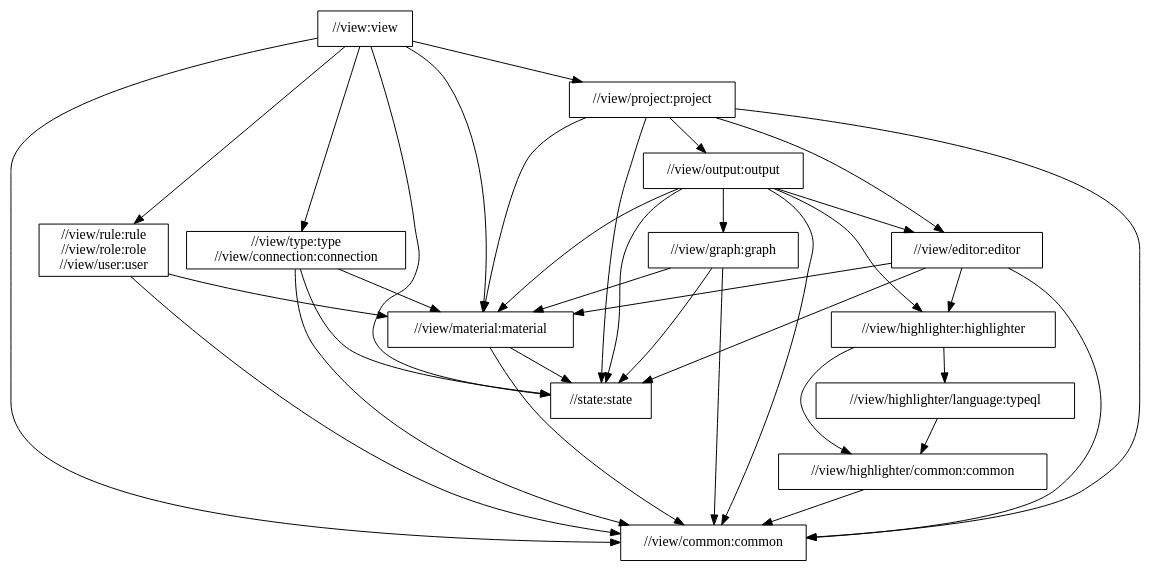
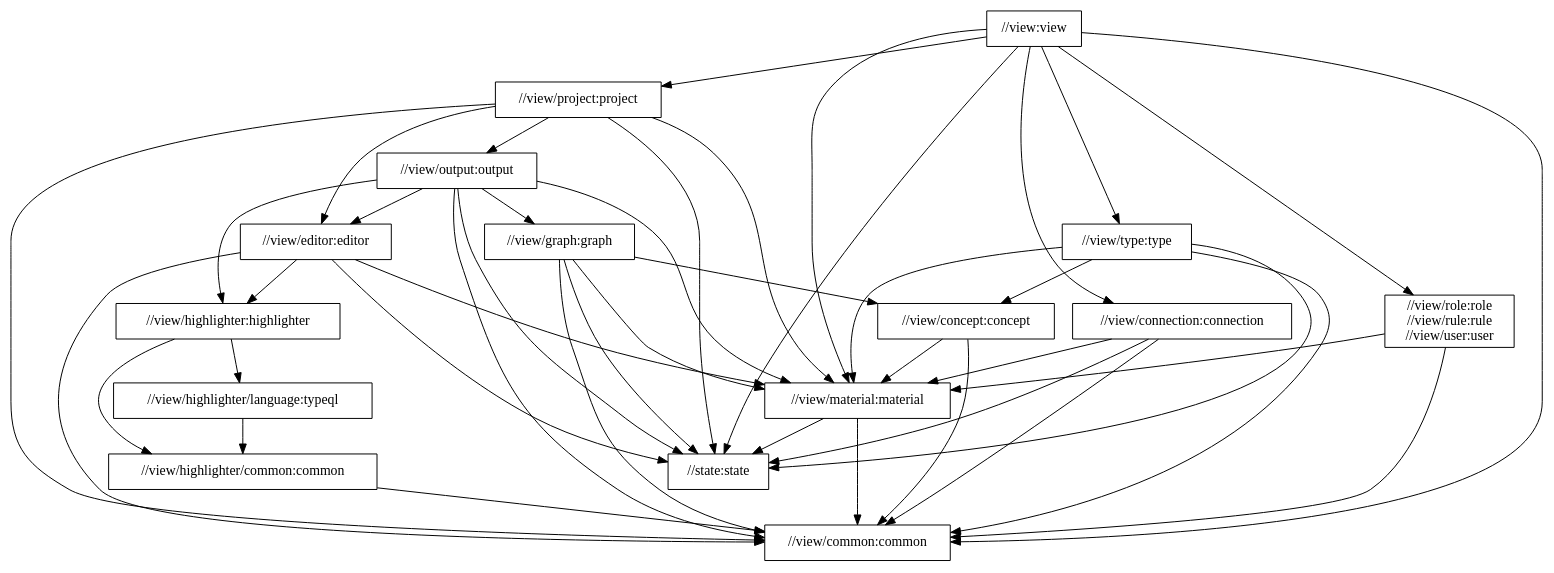
One commit to typedb/typedb-studio changed the diagram in docs/view-package-structure.dot. Above: the diagram before and after it, drawn with Graphviz. The commit also changed 5 other files, not shown here.

```diff
--- a/docs/view-package-structure.dot
+++ b/docs/view-package-structure.dot
@@ -1,51 +1,61 @@
 digraph mygraph {
   node [shape=box];
   "//view:view"
   "//view:view" -> "//view/common:common"
-  "//view:view" -> "//view/type:type\n//view/connection:connection"
+  "//view:view" -> "//view/connection:connection"
   "//view:view" -> "//view/material:material"
   "//view:view" -> "//view/project:project"
-  "//view:view" -> "//view/rule:rule\n//view/role:role\n//view/user:user"
+  "//view:view" -> "//view/role:role\n//view/rule:rule\n//view/user:user"
+  "//view:view" -> "//view/type:type"
   "//view:view" -> "//state:state"
-  "//view/rule:rule\n//view/role:role\n//view/user:user"
-  "//view/rule:rule\n//view/role:role\n//view/user:user" -> "//view/common:common"
-  "//view/rule:rule\n//view/role:role\n//view/user:user" -> "//view/material:material"
+  "//view/role:role\n//view/rule:rule\n//view/user:user"
+  "//view/role:role\n//view/rule:rule\n//view/user:user" -> "//view/common:common"
+  "//view/role:role\n//view/rule:rule\n//view/user:user" -> "//view/material:material"
   "//view/project:project"
   "//view/project:project" -> "//view/common:common"
   "//view/project:project" -> "//view/editor:editor"
   "//view/project:project" -> "//view/material:material"
   "//view/project:project" -> "//view/output:output"
   "//view/project:project" -> "//state:state"
   "//view/output:output"
   "//view/output:output" -> "//view/common:common"
   "//view/output:output" -> "//view/editor:editor"
   "//view/output:output" -> "//view/graph:graph"
   "//view/output:output" -> "//view/highlighter:highlighter"
   "//view/output:output" -> "//view/material:material"
   "//view/output:output" -> "//state:state"
   "//view/graph:graph"
   "//view/graph:graph" -> "//view/common:common"
+  "//view/graph:graph" -> "//view/concept:concept"
   "//view/graph:graph" -> "//view/material:material"
   "//view/graph:graph" -> "//state:state"
   "//view/editor:editor"
   "//view/editor:editor" -> "//view/common:common"
   "//view/editor:editor" -> "//view/highlighter:highlighter"
   "//view/editor:editor" -> "//view/material:material"
   "//view/editor:editor" -> "//state:state"
+  "//view/connection:connection"
+  "//view/connection:connection" -> "//view/common:common"
+  "//view/connection:connection" -> "//view/material:material"
+  "//view/connection:connection" -> "//state:state"
   "//view/highlighter:highlighter"
   "//view/highlighter:highlighter" -> "//view/highlighter/common:common"
   "//view/highlighter:highlighter" -> "//view/highlighter/language:typeql"
   "//view/highlighter/language:typeql"
   "//view/highlighter/language:typeql" -> "//view/highlighter/common:common"
-  "//view/highlighter/common:common"
-  "//view/highlighter/common:common" -> "//view/common:common"
-  "//view/type:type\n//view/connection:connection"
-  "//view/type:type\n//view/connection:connection" -> "//view/common:common"
-  "//view/type:type\n//view/connection:connection" -> "//view/material:material"
-  "//view/type:type\n//view/connection:connection" -> "//state:state"
+  "//view/type:type"
+  "//view/type:type" -> "//view/common:common"
+  "//view/type:type" -> "//view/concept:concept"
+  "//view/type:type" -> "//view/material:material"
+  "//view/type:type" -> "//state:state"
+  "//view/concept:concept"
+  "//view/concept:concept" -> "//view/common:common"
+  "//view/concept:concept" -> "//view/material:material"
   "//view/material:material"
   "//view/material:material" -> "//view/common:common"
   "//view/material:material" -> "//state:state"
+  "//view/highlighter/common:common"
+  "//view/highlighter/common:common" -> "//view/common:common"
+  "//view/common:common"
   "//state:state"
-  "//view/common:common"
 }
```
